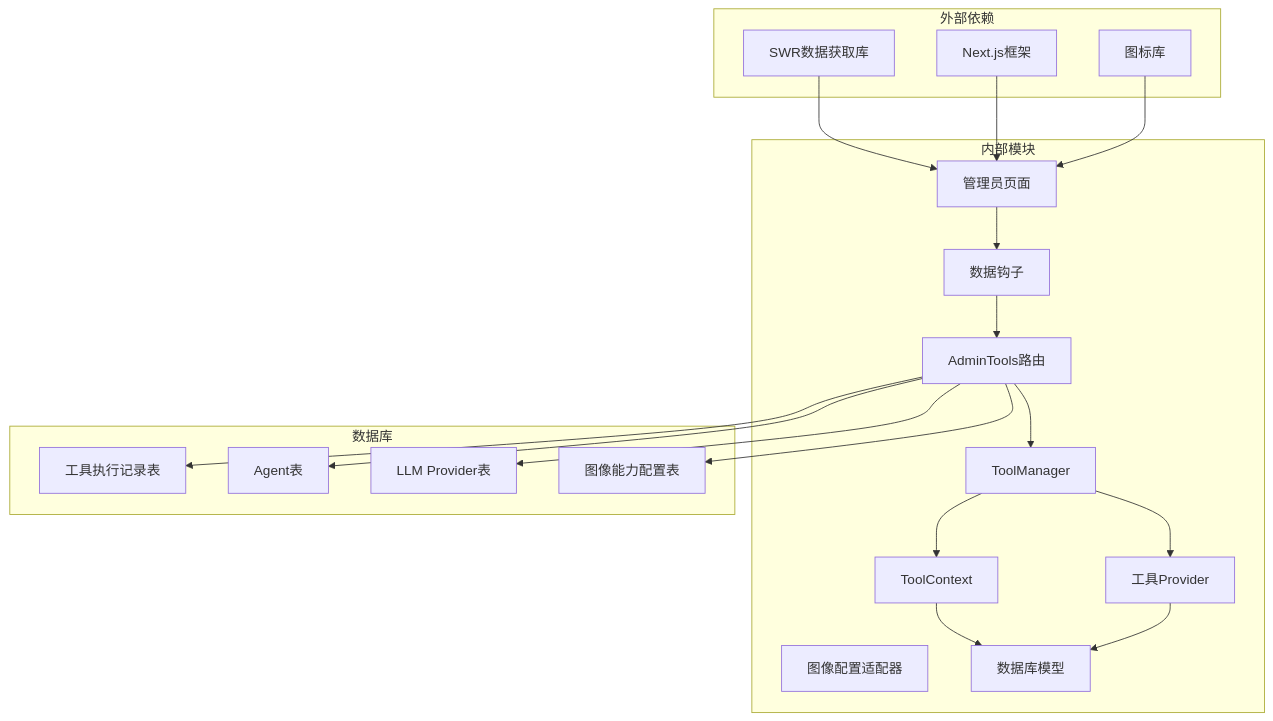
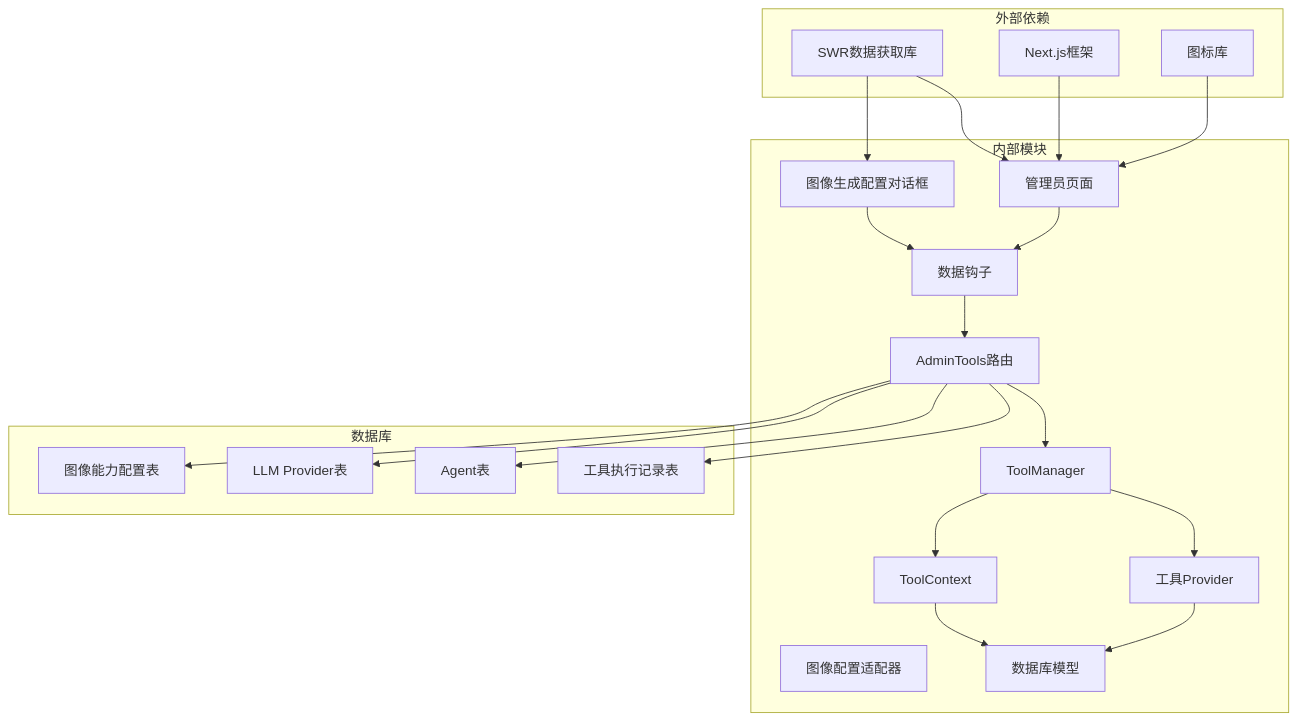
Before and after one commit to KunLabAI/KunFlix: diagram 11 of 11 in .qoder/repowiki/zh/content/管理员后台系统/管理员工具管理.md, drawn with Mermaid. The commit also changed other lines of this file and 24 other files, not shown here.

````diff
--- a/.qoder/repowiki/zh/content/管理员后台系统/管理员工具管理.md
+++ b/.qoder/repowiki/zh/content/管理员后台系统/管理员工具管理.md
@@ -460,38 +593,41 @@
 ```mermaid
 graph TB
 subgraph "外部依赖"
 SWR[SWR数据获取库]
 NextJS[Next.js框架]
 Lucide[图标库]
 end
 subgraph "内部模块"
 AdminPage[管理员页面]
+ImageGenConfigDialog[图像生成配置对话框]
 Hooks[数据钩子]
 Router[AdminTools路由]
 Manager[ToolManager]
 Providers[工具Provider]
 Context[ToolContext]
 ImageAdapter[图像配置适配器]
 Models[数据库模型]
 end
 subgraph "数据库"
 ToolExecutions[工具执行记录表]
 Agents[Agent表]
 LLMProviders[LLM Provider表]
 ImageCapabilities[图像能力配置表]
 end
 SWR --> AdminPage
+SWR --> ImageGenConfigDialog
 NextJS --> AdminPage
 Lucide --> AdminPage
 AdminPage --> Hooks
+ImageGenConfigDialog --> Hooks
 Hooks --> Router
 Router --> Manager
 Manager --> Providers
 Manager --> Context
 Context --> Models
 Providers --> Models
 Router --> ToolExecutions
 Router --> Agents
 Router --> LLMProviders
 Router --> ImageCapabilities
 ```
````
